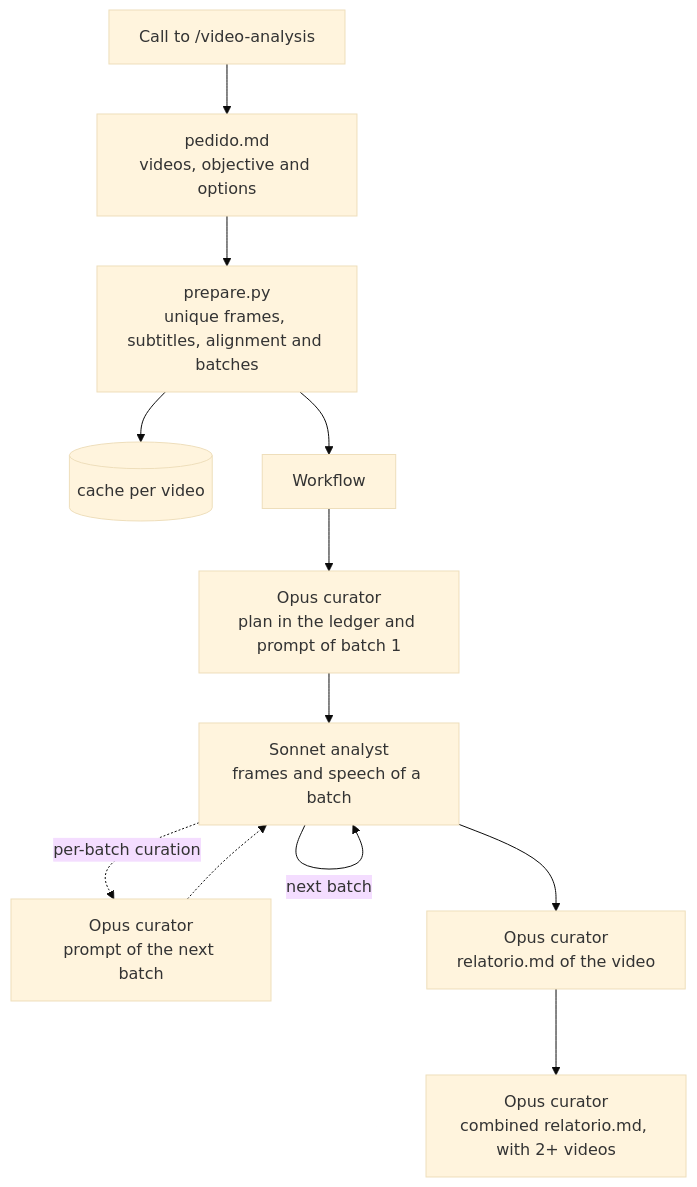
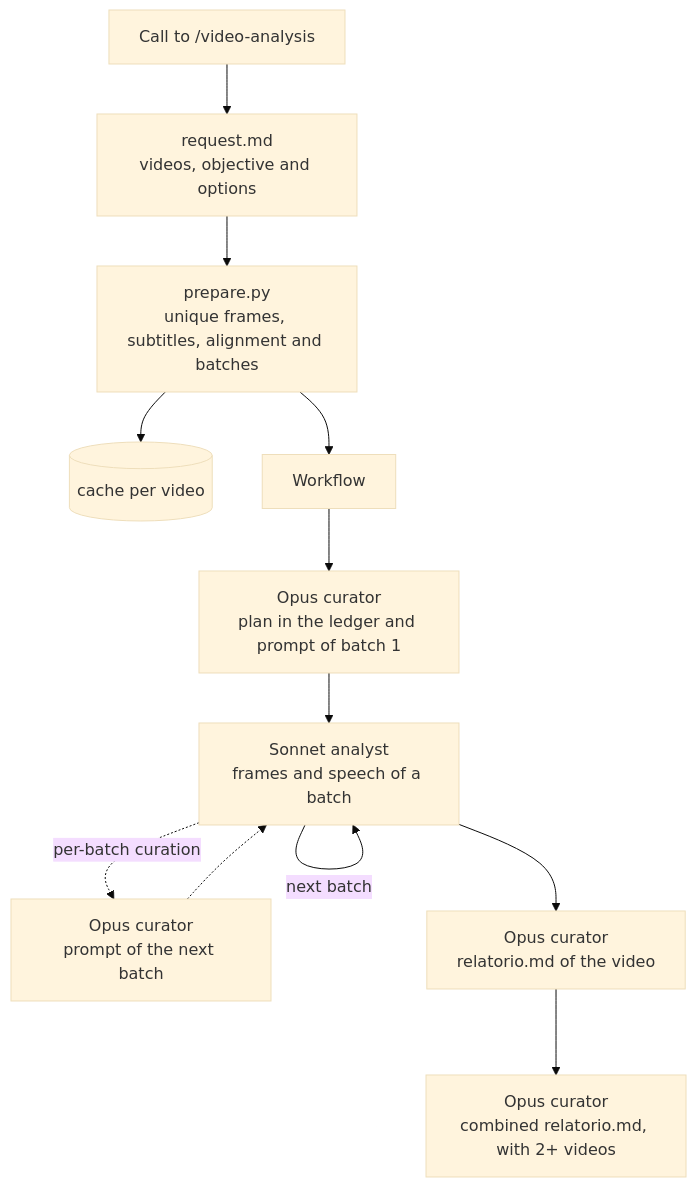
Before and after one commit to rmmaf/video-analysis-skill: the diagram in README.md, drawn with Mermaid (base theme). The commit also changed other lines of this file and 14 other files, not shown here.

````diff
--- a/README.md
+++ b/README.md
@@ -41,14 +42,14 @@
 ```mermaid
 flowchart TD
-    A["Call to /video-analysis"] --> B["pedido.md<br/>videos, objective and options"]
+    A["Call to /video-analysis"] --> B["request.md<br/>videos, objective and options"]
     B --> C["prepare.py<br/>unique frames, subtitles, alignment and batches"]
     C --> D[("cache per video")]
     C --> E["Workflow"]
     E --> F["Opus curator<br/>plan in the ledger and prompt of batch 1"]
     F --> G["Sonnet analyst<br/>frames and speech of a batch"]
     G -->|"next batch"| G
     G -.->|"per-batch curation"| H["Opus curator<br/>prompt of the next batch"]
     H -.-> G
     G --> I["Opus curator<br/>relatorio.md of the video"]
     I --> J["Opus curator<br/>combined relatorio.md, with 2+ videos"]
 ```
````
